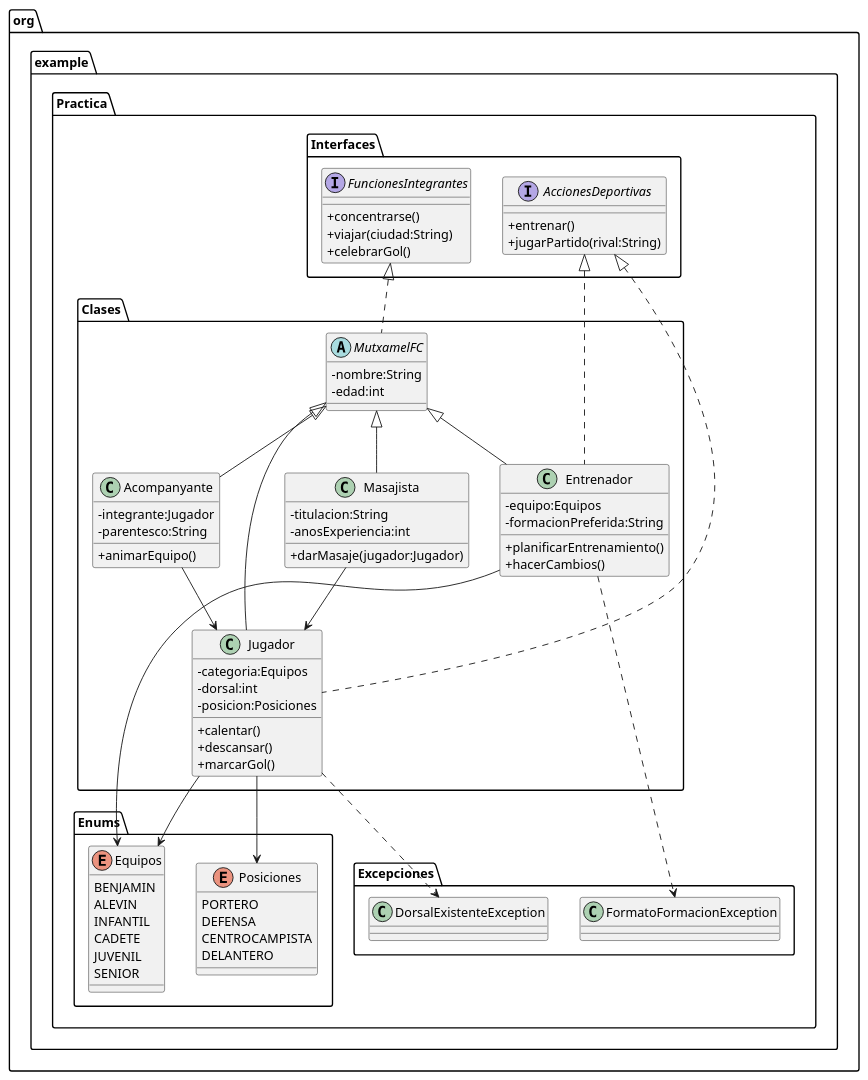
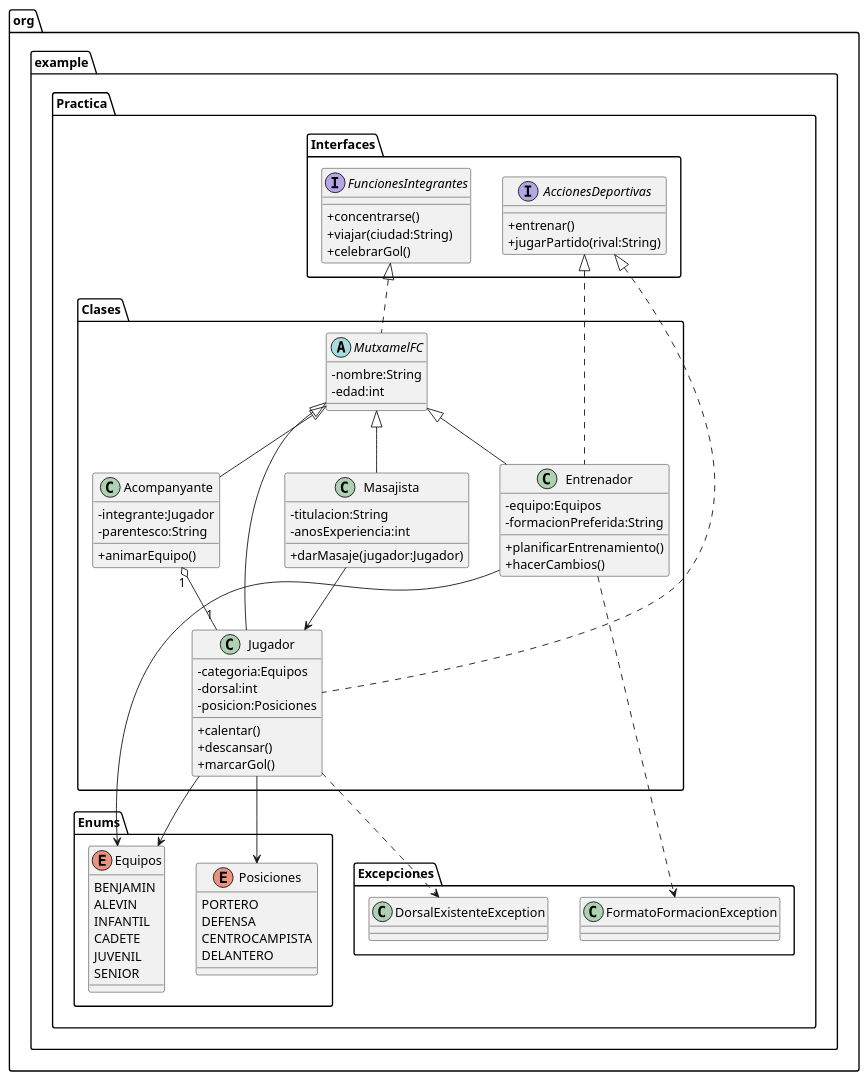
Before and after one commit to adrigeada/programacion_ud6: the diagram in programacion_ud6/src/main/java/org/example/Practica/diagrama.puml, drawn with PlantUML.

```diff
--- a/programacion_ud6/src/main/java/org/example/Practica/diagrama.puml
+++ b/programacion_ud6/src/main/java/org/example/Practica/diagrama.puml
@@ -1,108 +1,108 @@
 @startuml
 skinparam classAttributeIconSize 0
 
 package org.example.Practica.Interfaces {
 
     interface FuncionesIntegrantes {
         +concentrarse()
         +viajar(ciudad:String)
         +celebrarGol()
     }
 
     interface AccionesDeportivas {
         +entrenar()
         +jugarPartido(rival:String)
     }
 }
 
 package org.example.Practica.Enums {
     enum Equipos {
         BENJAMIN
         ALEVIN
         INFANTIL
         CADETE
         JUVENIL
         SENIOR
     }
 
     enum Posiciones {
         PORTERO
         DEFENSA
         CENTROCAMPISTA
         DELANTERO
     }
 }
 
 package org.example.Practica.Excepciones {
     class DorsalExistenteException
     class FormatoFormacionException
 }
 
 package org.example.Practica.Clases {
 
     abstract class MutxamelFC {
         -nombre:String
         -edad:int
     }
 
     class Jugador {
         -categoria:Equipos
         -dorsal:int
         -posicion:Posiciones
         +calentar()
         +descansar()
         +marcarGol()
     }
 
     class Entrenador {
         -equipo:Equipos
         -formacionPreferida:String
         +planificarEntrenamiento()
         +hacerCambios()
     }
 
     class Masajista {
         -titulacion:String
         -anosExperiencia:int
         +darMasaje(jugador:Jugador)
     }
 
     class Acompanyante {
         -integrante:Jugador
         -parentesco:String
         +animarEquipo()
     }
 }
 
 
 
 ' =======================
 ' HERENCIA
 ' =======================
 MutxamelFC <|-- Jugador
 MutxamelFC <|-- Entrenador
 MutxamelFC <|-- Masajista
 MutxamelFC <|-- Acompanyante
 
 ' =======================
 ' IMPLEMENTACION INTERFACES
 ' =======================
 FuncionesIntegrantes <|.. MutxamelFC
 AccionesDeportivas <|.. Jugador
 AccionesDeportivas <|.. Entrenador
 
 ' =======================
 ' RELACIONES
 ' =======================
 Jugador --> Equipos
 Jugador --> Posiciones
 Entrenador --> Equipos
-Acompanyante --> Jugador
+Acompanyante "1" o-- "1" Jugador
 Masajista --> Jugador
 
 Jugador ..> DorsalExistenteException
 Entrenador ..> FormatoFormacionException
 
 
 
 @enduml
```
